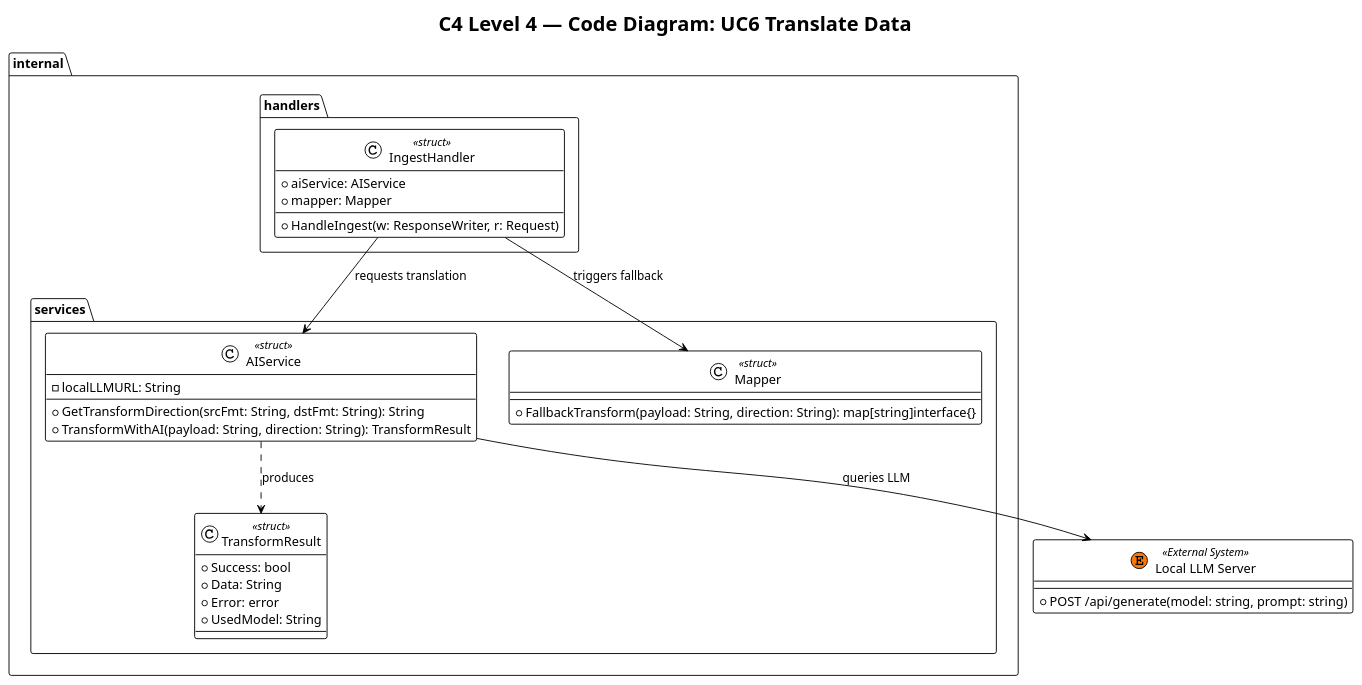
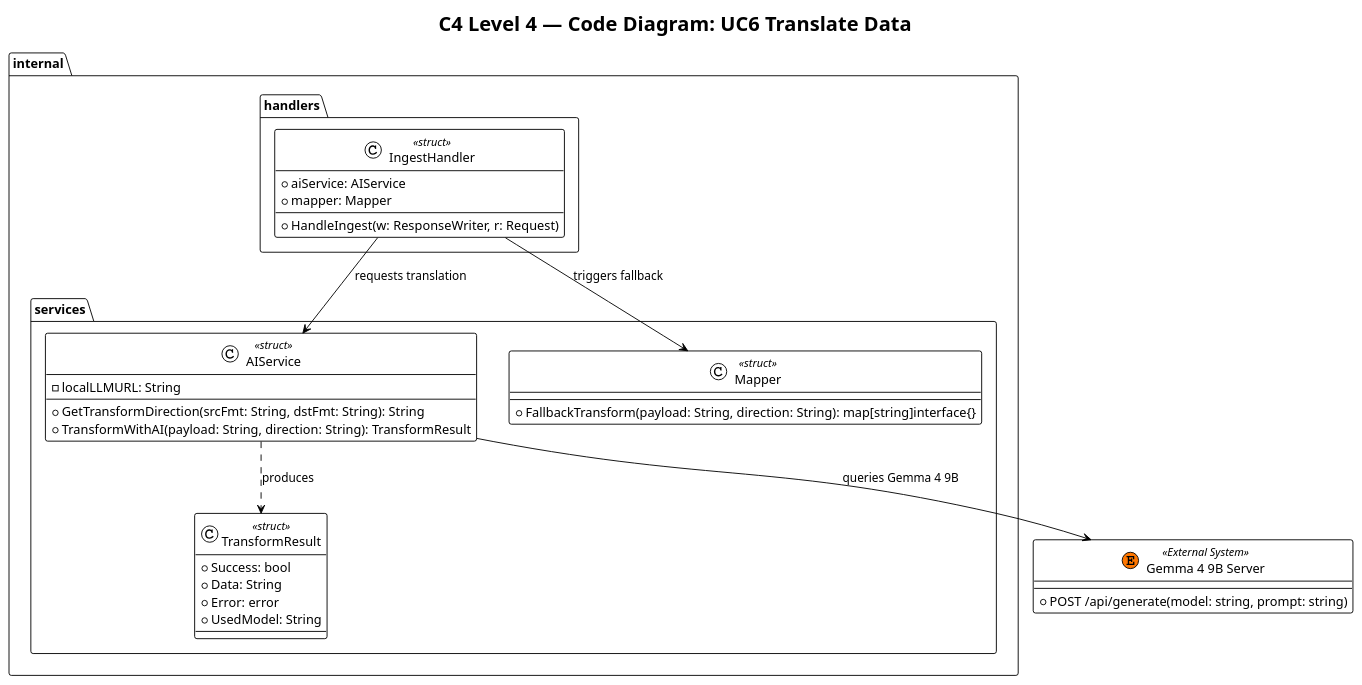
One commit to Vince0028/WAH4PCE-MERGE-CONFLICT changed the diagram in diagrams/c4_diagram/code_diagram/uc6_translate_data.puml. Above: the diagram before and after it, drawn with PlantUML. The commit also changed 23 other files, not shown here.

Commit message:
feat: add C4 architecture diagrams and PlantUML models for ADAPT iPaaS middleware and services

```diff
--- a/diagrams/c4_diagram/code_diagram/uc6_translate_data.puml
+++ b/diagrams/c4_diagram/code_diagram/uc6_translate_data.puml
@@ -1,41 +1,41 @@
 @startuml UC6_Translate_Data
 !theme plain
 title C4 Level 4 — Code Diagram: UC6 Translate Data
 
 package "internal.handlers" {
     class IngestHandler <<struct>> {
         + aiService: AIService
         + mapper: Mapper
         + HandleIngest(w: ResponseWriter, r: Request)
     }
 }
 
 package "internal.services" {
     class AIService <<struct>> {
         - localLLMURL: String
         + GetTransformDirection(srcFmt: String, dstFmt: String): String
         + TransformWithAI(payload: String, direction: String): TransformResult
     }
 
     class Mapper <<struct>> {
         + FallbackTransform(payload: String, direction: String): map[string]interface{}
     }
     
     class TransformResult <<struct>> {
         + Success: bool
         + Data: String
         + Error: error
         + UsedModel: String
     }
 }
 
-class "Local LLM Server" as LocalLLMServer << (E, #FF7700) External System >> {
+class "Gemma 4 9B Server" as GemmaServer << (E, #FF7700) External System >> {
     + POST /api/generate(model: string, prompt: string)
 }
 
 IngestHandler --> AIService : requests translation
 IngestHandler --> Mapper : triggers fallback
 AIService ..> TransformResult : produces
-AIService --> LocalLLMServer : queries LLM
+AIService --> GemmaServer : queries Gemma 4 9B
 
 @enduml
```
